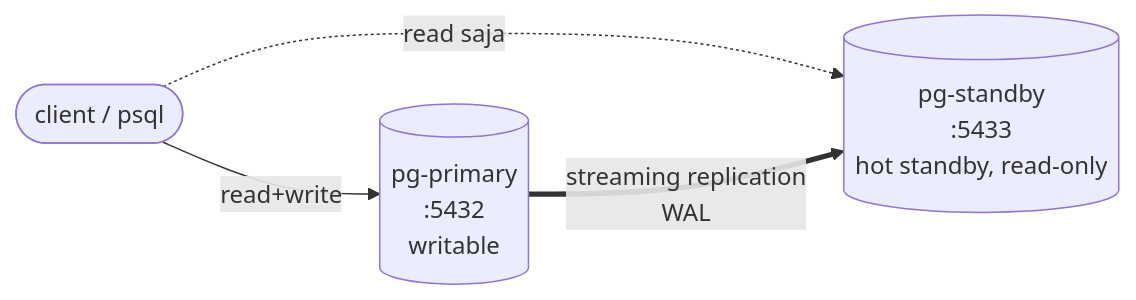
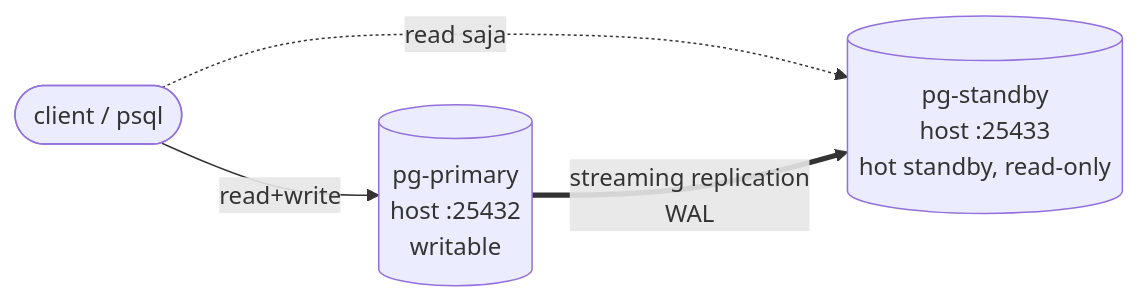
Before and after one commit to endymuhardin/training-sre-junior-2026-01: the second of 3 diagrams in sample-apps/hello-db/README-ha.md, drawn with Mermaid. The commit also changed other lines of this file and 2 other files, not shown here.

````diff
--- a/sample-apps/hello-db/README-ha.md
+++ b/sample-apps/hello-db/README-ha.md
@@ -152,10 +152,10 @@
 ```mermaid
 flowchart LR
   client([client / psql])
-  primary[(pg-primary<br/>:5432<br/>writable)]
-  standby[(pg-standby<br/>:5433<br/>hot standby, read-only)]
+  primary[(pg-primary<br/>host :25432<br/>writable)]
+  standby[(pg-standby<br/>host :25433<br/>hot standby, read-only)]
 
   client -->|read+write| primary
   client -.->|read saja| standby
   primary ==>|streaming replication<br/>WAL| standby
 ```
````
